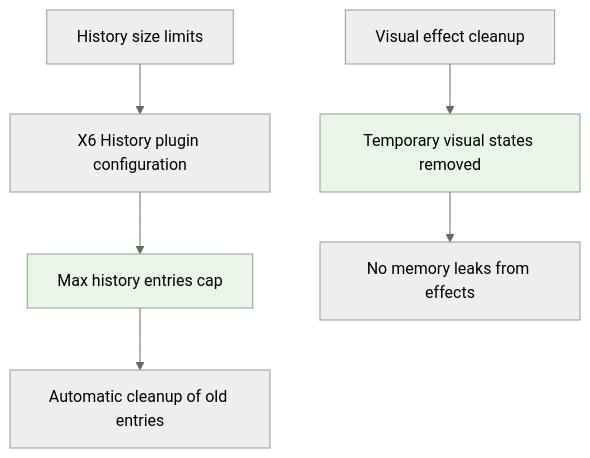
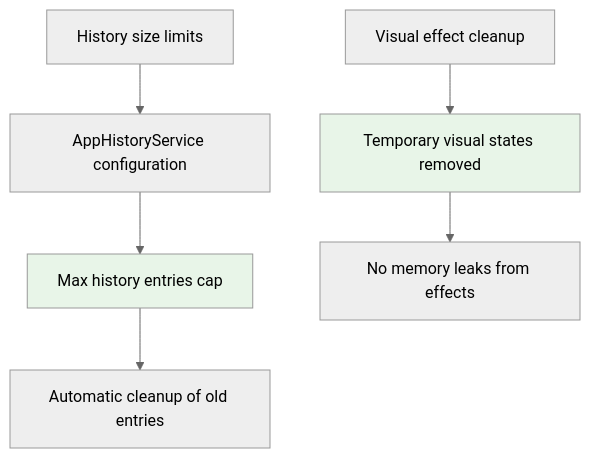
Before and after one commit to ericfitz/tmi-ux: diagram 13 of 15 in docs/migrated/reference/architecture/dfd-change-propagation/autosave-decision-tree.md, drawn with Mermaid (neutral theme). The commit also changed other lines of this file and 1 other file, not shown here.

````diff
--- a/docs/migrated/reference/architecture/dfd-change-propagation/autosave-decision-tree.md
+++ b/docs/migrated/reference/architecture/dfd-change-propagation/autosave-decision-tree.md
@@ -290,12 +293,12 @@
 ```mermaid
 flowchart TD
-    A[History size limits] --> B[X6 History plugin configuration]
+    A[History size limits] --> B[AppHistoryService configuration]
     B --> C[Max history entries cap]
     C --> D[Automatic cleanup of old entries]
 
     E[Visual effect cleanup] --> F[Temporary visual states removed]
     F --> G[No memory leaks from effects]
 
     style C fill:#e8f5e8
     style F fill:#e8f5e8
 ```
````
